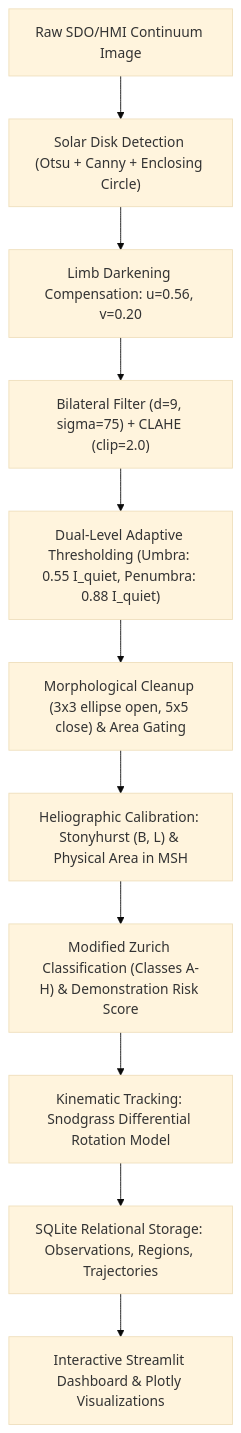
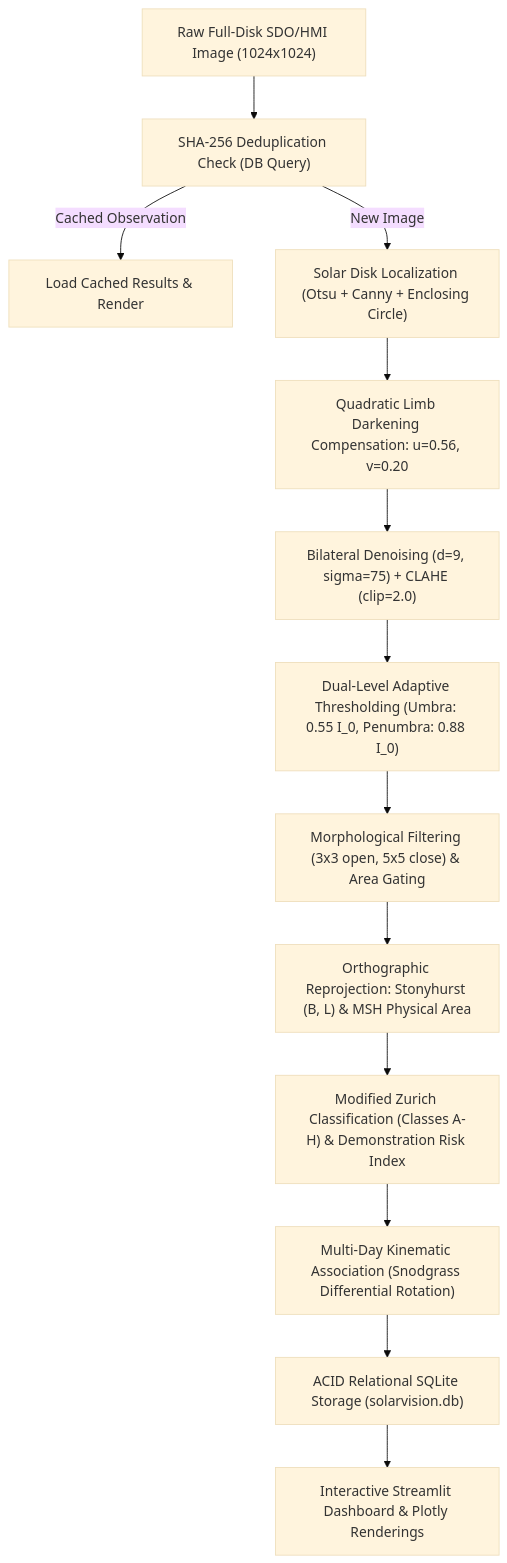
The second of 5 diagrams in PROJECT_REPORT.md (tribhu05/SolarVision), drawn with Mermaid (base theme) before and after one commit. The commit also changed other lines of this file and 15 other files, not shown here.

````diff
--- a/PROJECT_REPORT.md
+++ b/PROJECT_REPORT.md
@@ -76,13 +208,15 @@
 ```mermaid
 flowchart TD
-    A["Raw SDO/HMI Continuum Image"] --> B["Solar Disk Detection (Otsu + Canny + Enclosing Circle)"]
-    B --> C["Limb Darkening Compensation: u=0.56, v=0.20"]
-    C --> D["Bilateral Filter (d=9, sigma=75) + CLAHE (clip=2.0)"]
-    D --> E["Dual-Level Adaptive Thresholding (Umbra: 0.55 I_quiet, Penumbra: 0.88 I_quiet)"]
-    E --> F["Morphological Cleanup (3x3 ellipse open, 5x5 close) & Area Gating"]
-    F --> G["Heliographic Calibration: Stonyhurst (B, L) & Physical Area in MSH"]
-    G --> H["Modified Zurich Classification (Classes A-H) & Demonstration Risk Score"]
-    H --> I["Kinematic Tracking: Snodgrass Differential Rotation Model"]
-    I --> J["SQLite Relational Storage: Observations, Regions, Trajectories"]
-    J --> K["Interactive Streamlit Dashboard & Plotly Visualizations"]
+    A["Raw Full-Disk SDO/HMI Image (1024x1024)"] --> B["SHA-256 Deduplication Check (DB Query)"]
+    B -->|Cached Observation| Z["Load Cached Results & Render"]
+    B -->|New Image| C["Solar Disk Localization (Otsu + Canny + Enclosing Circle)"]
+    C --> D["Quadratic Limb Darkening Compensation: u=0.56, v=0.20"]
+    D --> E["Bilateral Denoising (d=9, sigma=75) + CLAHE (clip=2.0)"]
+    E --> F["Dual-Level Adaptive Thresholding (Umbra: 0.55 I_0, Penumbra: 0.88 I_0)"]
+    F --> G["Morphological Filtering (3x3 open, 5x5 close) & Area Gating"]
+    G --> H["Orthographic Reprojection: Stonyhurst (B, L) & MSH Physical Area"]
+    H --> I["Modified Zurich Classification (Classes A-H) & Demonstration Risk Index"]
+    I --> J["Multi-Day Kinematic Association (Snodgrass Differential Rotation)"]
+    J --> K["ACID Relational SQLite Storage (solarvision.db)"]
+    K --> L["Interactive Streamlit Dashboard & Plotly Renderings"]
 ```
````
